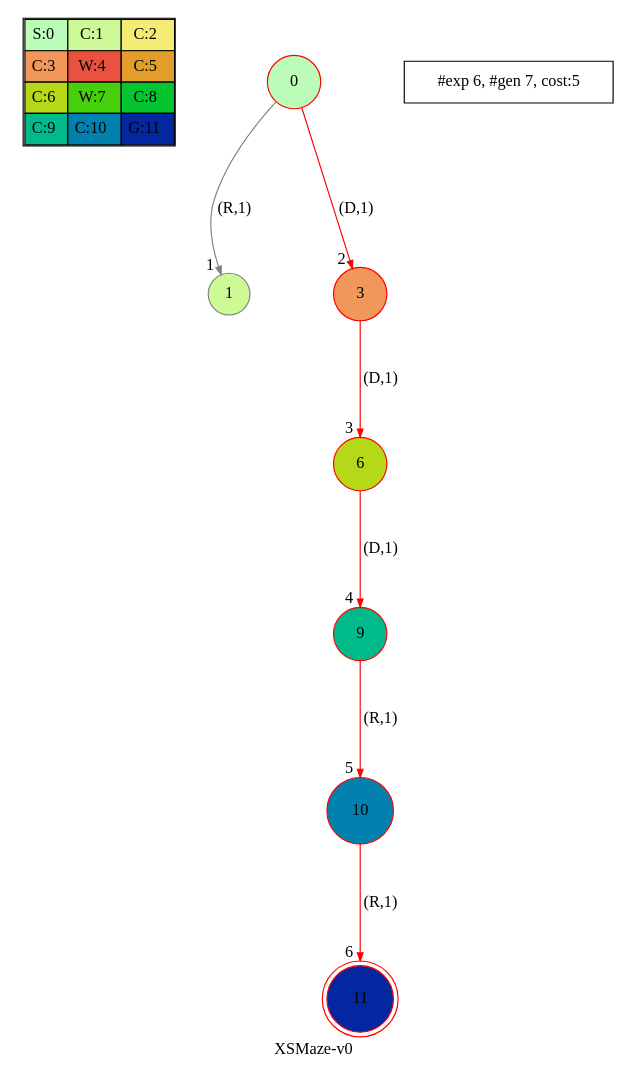
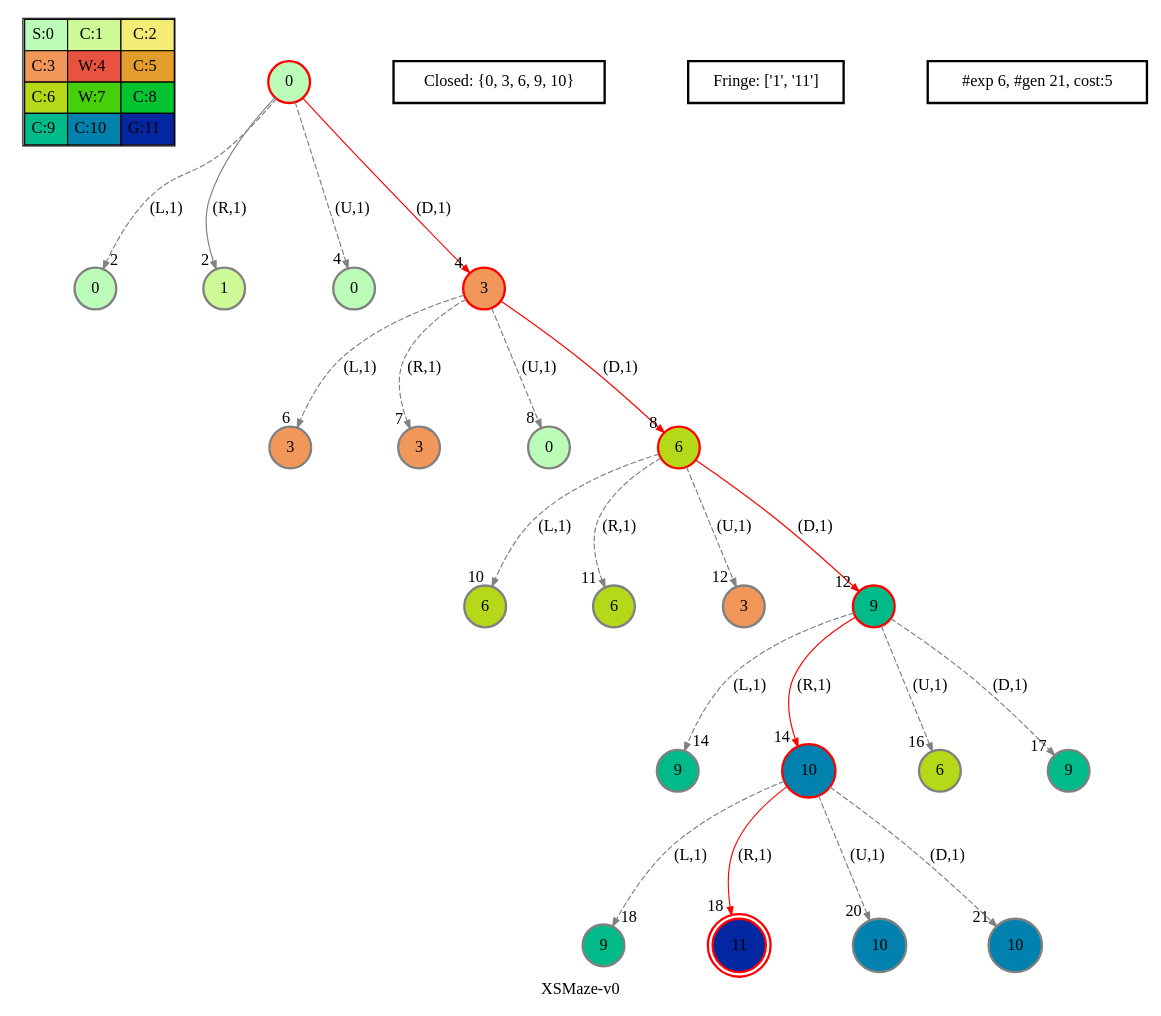
The diagram in viz/artifacts/gs/dot/0-XSMaze-v0_1-dfs.dot (blasco991/AI), drawn with Graphviz before and after one commit. The commit also changed 120 other files, not shown here.

First line of the commit message:
added penwidth added closed render added fringe render added dashed transaction on "not in memory"

```diff
--- a/viz/artifacts/gs/dot/0-XSMaze-v0_1-dfs.dot
+++ b/viz/artifacts/gs/dot/0-XSMaze-v0_1-dfs.dot
@@ -1,10 +1,24 @@
-digraph XSMaze { label="XSMaze-v0" nodesep=1 ranksep="1.2" node [shape=circle] edge [arrowsize=0.7] 
+digraph XSMaze { label="XSMaze-v0" nodesep=1 ranksep="1.2" node [shape=circle penwidth=2] edge [arrowsize=0.7] 
 subgraph MAP {label=Map;map [shape=plaintext label=<<table border="1" cellpadding="5" cellspacing="0" cellborder="1"><tr><td bgcolor="0.32745098 0.267733   0.99083125 1.        ">S:0</td><td bgcolor="0.24117647 0.39545121 0.97940977 1.        ">C:1</td><td bgcolor="0.15490196 0.51591783 0.96349314 1.        ">C:2</td></tr><tr><td bgcolor="0.06862745 0.62692381 0.94315443 1.        ">C:3</td><td bgcolor="0.01764706 0.72643357 0.91848699 1.        ">W:4</td><td bgcolor="0.10392157 0.81262237 0.88960401 1.        ">C:5</td></tr><tr><td bgcolor="0.19803922 0.88960401 0.8534438  1.        ">C:6</td><td bgcolor="0.28431373 0.94315443 0.81619691 1.        ">W:7</td><td bgcolor="0.37058824 0.97940977 0.77520398 1.        ">C:8</td></tr><tr><td bgcolor="0.45686275 0.99770518 0.73065313 1.        ">C:9</td><td bgcolor="0.54313725 0.99770518 0.68274886 1.        ">C:10</td><td bgcolor="0.62941176 0.97940977 0.63171101 1.        ">G:11</td></tr></table>>]} 
 "0_0" [label=0 style=filled color=grey fillcolor="0.32745098 0.267733   0.99083125 1.        " ];  
-"0_0" [label=" 0 " style=filled color=black color=red fillcolor="0.32745098 0.267733   0.99083125 1.        " ];  "0_0.1-1" [label=1 style=filled color=grey fillcolor="0.24117647 0.39545121 0.97940977 1.        " ];   "0_0" -> "0_0.1-1" [label="(R,1)" headlabel=" 1 " color=grey ]; 
-"0_0.3-3" [label=3 style=filled color=grey color=red fillcolor="0.06862745 0.62692381 0.94315443 1.        " ];   "0_0" -> "0_0.3-3" [label="(D,1)" headlabel=" 2 " color=grey color=red ]; 
-"0_0.3-3" [label=" 3 " style=filled color=black color=red fillcolor="0.06862745 0.62692381 0.94315443 1.        " ];  "0_0.3.6-3" [label=6 style=filled color=grey color=red fillcolor="0.19803922 0.88960401 0.8534438  1.        " ];   "0_0.3-3" -> "0_0.3.6-3" [label="(D,1)" headlabel=" 3 " color=grey color=red ]; 
-"0_0.3.6-3" [label=" 6 " style=filled color=black color=red fillcolor="0.19803922 0.88960401 0.8534438  1.        " ];  "0_0.3.6.9-3" [label=9 style=filled color=grey color=red fillcolor="0.45686275 0.99770518 0.73065313 1.        " ];   "0_0.3.6-3" -> "0_0.3.6.9-3" [label="(D,1)" headlabel=" 4 " color=grey color=red ]; 
-"0_0.3.6.9-3" [label=" 9 " style=filled color=black color=red fillcolor="0.45686275 0.99770518 0.73065313 1.        " ];  "0_0.3.6.9.10-1" [label=10 style=filled color=grey color=red fillcolor="0.54313725 0.99770518 0.68274886 1.        " ];   "0_0.3.6.9-3" -> "0_0.3.6.9.10-1" [label="(R,1)" headlabel=" 5 " color=grey color=red ]; 
-"0_0.3.6.9.10-1" [label=" 10 " style=filled color=black color=red fillcolor="0.54313725 0.99770518 0.68274886 1.        " ];  "0_0.3.6.9.10.11-1" [label=" 11 " style=filled color=black color=red fillcolor="0.62941176 0.97940977 0.63171101 1.        " peripheries=2]; /*GOALSTATE*/  "0_0.3.6.9.10-1" -> "0_0.3.6.9.10.11-1" [label="(R,1)" headlabel=" 6 " color=grey color=red ];
-"#exp 6, #gen 7, cost:5" [ shape=box ]; }
+"0_0.0-0" [label=0 style=filled color=grey fillcolor="0.32745098 0.267733   0.99083125 1.        " ];   "0_0" -> "0_0.0-0" [label="(L,1)" headlabel=" 2 " style="dashed" color=grey ]; "0_c" [label="Closed: {0}" shape=box]; "0_fr" [label="Fringe: []" shape=box];
+"0_0" [label=0 style=filled color=black color=red fillcolor="0.32745098 0.267733   0.99083125 1.        " ];  "0_0.1-1" [label=1 style=filled color=grey fillcolor="0.24117647 0.39545121 0.97940977 1.        " ];   "0_0" -> "0_0.1-1" [label="(R,1)" headlabel=" 2 " style="" color=grey ]; "0_c" [label="Closed: {0}" shape=box]; "0_fr" [label="Fringe: []" shape=box];
+"0_0.0-2" [label=0 style=filled color=grey fillcolor="0.32745098 0.267733   0.99083125 1.        " ];   "0_0" -> "0_0.0-2" [label="(U,1)" headlabel=" 4 " style="dashed" color=grey ]; "0_c" [label="Closed: {0}" shape=box]; "0_fr" [label="Fringe: ['1']" shape=box];
+"0_0.3-3" [label=3 style=filled color=grey color=red fillcolor="0.06862745 0.62692381 0.94315443 1.        " ];   "0_0" -> "0_0.3-3" [label="(D,1)" headlabel=" 4 " style="" color=grey color=red ]; "0_c" [label="Closed: {0}" shape=box]; "0_fr" [label="Fringe: ['1']" shape=box];
+"0_0.3.3-0" [label=3 style=filled color=grey fillcolor="0.06862745 0.62692381 0.94315443 1.        " ];   "0_0.3-3" -> "0_0.3.3-0" [label="(L,1)" headlabel=" 6 " style="dashed" color=grey ]; "0_c" [label="Closed: {0, 3}" shape=box]; "0_fr" [label="Fringe: ['1']" shape=box];
+"0_0.3.3-1" [label=3 style=filled color=grey fillcolor="0.06862745 0.62692381 0.94315443 1.        " ];   "0_0.3-3" -> "0_0.3.3-1" [label="(R,1)" headlabel=" 7 " style="dashed" color=grey ]; "0_c" [label="Closed: {0, 3}" shape=box]; "0_fr" [label="Fringe: ['1']" shape=box];
+"0_0.3.0-2" [label=0 style=filled color=grey fillcolor="0.32745098 0.267733   0.99083125 1.        " ];   "0_0.3-3" -> "0_0.3.0-2" [label="(U,1)" headlabel=" 8 " style="dashed" color=grey ]; "0_c" [label="Closed: {0, 3}" shape=box]; "0_fr" [label="Fringe: ['1']" shape=box];
+"0_0.3-3" [label=3 style=filled color=black color=red fillcolor="0.06862745 0.62692381 0.94315443 1.        " ];  "0_0.3.6-3" [label=6 style=filled color=grey color=red fillcolor="0.19803922 0.88960401 0.8534438  1.        " ];   "0_0.3-3" -> "0_0.3.6-3" [label="(D,1)" headlabel=" 8 " style="" color=grey color=red ]; "0_c" [label="Closed: {0, 3}" shape=box]; "0_fr" [label="Fringe: ['1']" shape=box];
+"0_0.3.6.6-0" [label=6 style=filled color=grey fillcolor="0.19803922 0.88960401 0.8534438  1.        " ];   "0_0.3.6-3" -> "0_0.3.6.6-0" [label="(L,1)" headlabel=" 10 " style="dashed" color=grey ]; "0_c" [label="Closed: {0, 3, 6}" shape=box]; "0_fr" [label="Fringe: ['1']" shape=box];
+"0_0.3.6.6-1" [label=6 style=filled color=grey fillcolor="0.19803922 0.88960401 0.8534438  1.        " ];   "0_0.3.6-3" -> "0_0.3.6.6-1" [label="(R,1)" headlabel=" 11 " style="dashed" color=grey ]; "0_c" [label="Closed: {0, 3, 6}" shape=box]; "0_fr" [label="Fringe: ['1']" shape=box];
+"0_0.3.6.3-2" [label=3 style=filled color=grey fillcolor="0.06862745 0.62692381 0.94315443 1.        " ];   "0_0.3.6-3" -> "0_0.3.6.3-2" [label="(U,1)" headlabel=" 12 " style="dashed" color=grey ]; "0_c" [label="Closed: {0, 3, 6}" shape=box]; "0_fr" [label="Fringe: ['1']" shape=box];
+"0_0.3.6-3" [label=6 style=filled color=black color=red fillcolor="0.19803922 0.88960401 0.8534438  1.        " ];  "0_0.3.6.9-3" [label=9 style=filled color=grey color=red fillcolor="0.45686275 0.99770518 0.73065313 1.        " ];   "0_0.3.6-3" -> "0_0.3.6.9-3" [label="(D,1)" headlabel=" 12 " style="" color=grey color=red ]; "0_c" [label="Closed: {0, 3, 6}" shape=box]; "0_fr" [label="Fringe: ['1']" shape=box];
+"0_0.3.6.9.9-0" [label=9 style=filled color=grey fillcolor="0.45686275 0.99770518 0.73065313 1.        " ];   "0_0.3.6.9-3" -> "0_0.3.6.9.9-0" [label="(L,1)" headlabel=" 14 " style="dashed" color=grey ]; "0_c" [label="Closed: {0, 9, 3, 6}" shape=box]; "0_fr" [label="Fringe: ['1']" shape=box];
+"0_0.3.6.9-3" [label=9 style=filled color=black color=red fillcolor="0.45686275 0.99770518 0.73065313 1.        " ];  "0_0.3.6.9.10-1" [label=10 style=filled color=grey color=red fillcolor="0.54313725 0.99770518 0.68274886 1.        " ];   "0_0.3.6.9-3" -> "0_0.3.6.9.10-1" [label="(R,1)" headlabel=" 14 " style="" color=grey color=red ]; "0_c" [label="Closed: {0, 9, 3, 6}" shape=box]; "0_fr" [label="Fringe: ['1']" shape=box];
+"0_0.3.6.9.6-2" [label=6 style=filled color=grey fillcolor="0.19803922 0.88960401 0.8534438  1.        " ];   "0_0.3.6.9-3" -> "0_0.3.6.9.6-2" [label="(U,1)" headlabel=" 16 " style="dashed" color=grey ]; "0_c" [label="Closed: {0, 9, 3, 6}" shape=box]; "0_fr" [label="Fringe: ['1', '10']" shape=box];
+"0_0.3.6.9.9-3" [label=9 style=filled color=grey fillcolor="0.45686275 0.99770518 0.73065313 1.        " ];   "0_0.3.6.9-3" -> "0_0.3.6.9.9-3" [label="(D,1)" headlabel=" 17 " style="dashed" color=grey ]; "0_c" [label="Closed: {0, 9, 3, 6}" shape=box]; "0_fr" [label="Fringe: ['1', '10']" shape=box];
+"0_0.3.6.9.10.9-0" [label=9 style=filled color=grey fillcolor="0.45686275 0.99770518 0.73065313 1.        " ];   "0_0.3.6.9.10-1" -> "0_0.3.6.9.10.9-0" [label="(L,1)" headlabel=" 18 " style="dashed" color=grey ]; "0_c" [label="Closed: {0, 3, 6, 9, 10}" shape=box]; "0_fr" [label="Fringe: ['1']" shape=box];
+"0_0.3.6.9.10-1" [label=10 style=filled color=black color=red fillcolor="0.54313725 0.99770518 0.68274886 1.        " ];  "0_0.3.6.9.10.11-1" [label=11 style=filled color=black color=red fillcolor="0.62941176 0.97940977 0.63171101 1.        " peripheries=2]; /*GOALSTATE*/  "0_0.3.6.9.10-1" -> "0_0.3.6.9.10.11-1" [label="(R,1)" headlabel=" 18 " style="" color=grey color=red ]; "0_c" [label="Closed: {0, 3, 6, 9, 10}" shape=box]; "0_fr" [label="Fringe: ['1']" shape=box];
+"0_0.3.6.9.10.10-2" [label=10 style=filled color=grey fillcolor="0.54313725 0.99770518 0.68274886 1.        " ];   "0_0.3.6.9.10-1" -> "0_0.3.6.9.10.10-2" [label="(U,1)" headlabel=" 20 " style="dashed" color=grey ]; "0_c" [label="Closed: {0, 3, 6, 9, 10}" shape=box]; "0_fr" [label="Fringe: ['1', '11']" shape=box];
+"0_0.3.6.9.10.10-3" [label=10 style=filled color=grey fillcolor="0.54313725 0.99770518 0.68274886 1.        " ];   "0_0.3.6.9.10-1" -> "0_0.3.6.9.10.10-3" [label="(D,1)" headlabel=" 21 " style="dashed" color=grey ]; "0_c" [label="Closed: {0, 3, 6, 9, 10}" shape=box]; "0_fr" [label="Fringe: ['1', '11']" shape=box]
+"#exp 6, #gen 21, cost:5" [ shape=box ]; }
```
